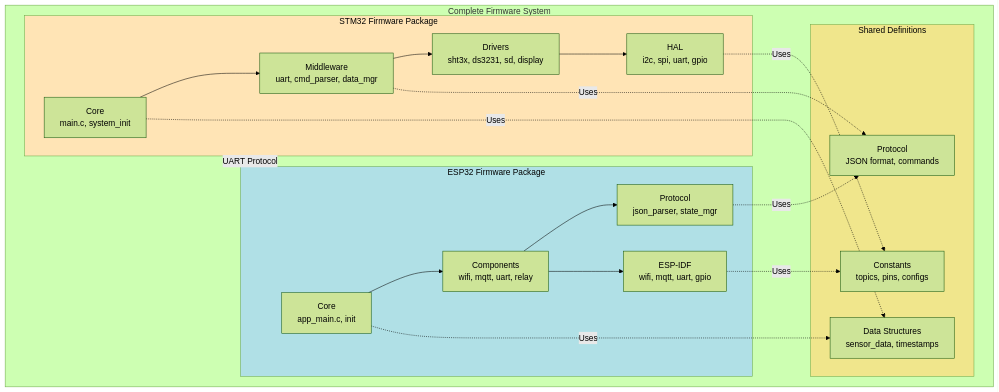
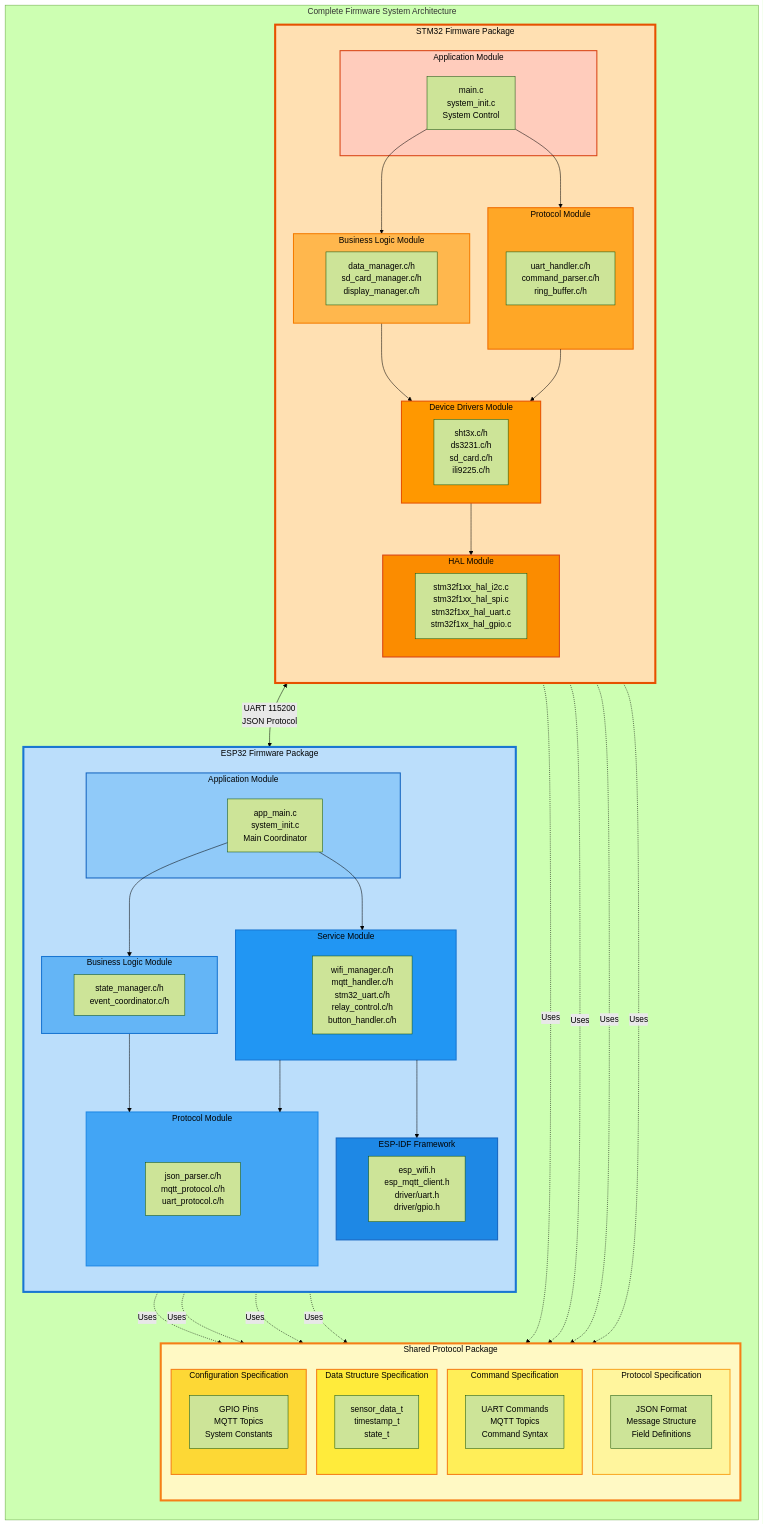
Before and after one commit to meeTeam05/datalogger: the fourth of 10 diagrams in documents/firmware/ARCHITECTURE_DIAGRAM_FIRMWARE.md, drawn with Mermaid (forest theme). The commit also changed other lines of this file, not shown here.

Commit message:
fix(docs): enhance architecture diagrams clarity and details

````diff
--- a/documents/firmware/ARCHITECTURE_DIAGRAM_FIRMWARE.md
+++ b/documents/firmware/ARCHITECTURE_DIAGRAM_FIRMWARE.md
@@ -273,46 +293,119 @@
 ```mermaid
 graph TB
-    subgraph Firmware_System[Complete Firmware System]
-        direction LR
+    subgraph System_Architecture["Complete Firmware System Architecture"]
+        direction TB
 
-        subgraph STM32_Package[STM32 Firmware Package]
-            STM32_Core[Core<br/>main.c, system_init]
-            STM32_Drivers[Drivers<br/>sht3x, ds3231, sd, display]
-            STM32_Middleware[Middleware<br/>uart, cmd_parser, data_mgr]
-            STM32_HAL[HAL<br/>i2c, spi, uart, gpio]
+        subgraph STM32_Firmware["STM32 Firmware Package"]
+            direction TB
 
-            STM32_Core --> STM32_Middleware
-            STM32_Middleware --> STM32_Drivers
+            subgraph STM32_App["Application Module"]
+                STM32_Main[main.c<br/>system_init.c<br/>System Control]
+            end
+
+            subgraph STM32_Business["Business Logic Module"]
+                STM32_DataMgr[data_manager.c/h<br/>sd_card_manager.c/h<br/>display_manager.c/h]
+            end
+
+            subgraph STM32_Protocol["Protocol Module"]
+                STM32_UART[uart_handler.c/h<br/>command_parser.c/h<br/>ring_buffer.c/h]
+            end
+
+            subgraph STM32_Drivers["Device Drivers Module"]
+                STM32_DevDrivers[sht3x.c/h<br/>ds3231.c/h<br/>sd_card.c/h<br/>ili9225.c/h]
+            end
+
+            subgraph STM32_HAL["HAL Module"]
+                STM32_HAL_Drivers[stm32f1xx_hal_i2c.c<br/>stm32f1xx_hal_spi.c<br/>stm32f1xx_hal_uart.c<br/>stm32f1xx_hal_gpio.c]
+            end
+
+            STM32_Main --> STM32_Business
+            STM32_Main --> STM32_Protocol
+            STM32_Business --> STM32_Drivers
+            STM32_Protocol --> STM32_Drivers
             STM32_Drivers --> STM32_HAL
         end
 
-        subgraph ESP32_Package[ESP32 Firmware Package]
-            ESP32_Core[Core<br/>app_main.c, init]
-            ESP32_Components[Components<br/>wifi, mqtt, uart, relay]
-            ESP32_Protocol[Protocol<br/>json_parser, state_mgr]
-            ESP32_IDF[ESP-IDF<br/>wifi, mqtt, uart, gpio]
+        subgraph ESP32_Firmware["ESP32 Firmware Package"]
+            direction TB
 
-            ESP32_Core --> ESP32_Components
-            ESP32_Components --> ESP32_Protocol
-            ESP32_Components --> ESP32_IDF
+            subgraph ESP32_App["Application Module"]
+                ESP32_Main[app_main.c<br/>system_init.c<br/>Main Coordinator]
+            end
+
+            subgraph ESP32_Business["Business Logic Module"]
+                ESP32_State[state_manager.c/h<br/>event_coordinator.c/h]
+            end
+
+            subgraph ESP32_Protocol["Protocol Module"]
+                ESP32_Proto[json_parser.c/h<br/>mqtt_protocol.c/h<br/>uart_protocol.c/h]
+            end
+
+            subgraph ESP32_Services["Service Module"]
+                ESP32_Svc[wifi_manager.c/h<br/>mqtt_handler.c/h<br/>stm32_uart.c/h<br/>relay_control.c/h<br/>button_handler.c/h]
+            end
+
+            subgraph ESP32_IDF["ESP-IDF Framework"]
+                ESP32_Framework[esp_wifi.h<br/>esp_mqtt_client.h<br/>driver/uart.h<br/>driver/gpio.h]
+            end
+
+            ESP32_Main --> ESP32_Business
+            ESP32_Main --> ESP32_Services
+            ESP32_Business --> ESP32_Protocol
+            ESP32_Services --> ESP32_Protocol
+            ESP32_Services --> ESP32_IDF
         end
 
-        subgraph Shared_Package[Shared Definitions]
-            Protocol_Def[Protocol<br/>JSON format, commands]
-            Data_Structures[Data Structures<br/>sensor_data, timestamps]
-            Constants[Constants<br/>topics, pins, configs]
+        subgraph Shared_Definitions["Shared Protocol Package"]
+            direction TB
+
+            subgraph Protocol_Spec["Protocol Specification"]
+                JSON_Format[JSON Format<br/>Message Structure<br/>Field Definitions]
+            end
+
+            subgraph Command_Spec["Command Specification"]
+                Commands[UART Commands<br/>MQTT Topics<br/>Command Syntax]
+            end
+
+            subgraph Data_Spec["Data Structure Specification"]
+                DataStructs[sensor_data_t<br/>timestamp_t<br/>state_t]
+            end
+
+            subgraph Config_Spec["Configuration Specification"]
+                Configs[GPIO Pins<br/>MQTT Topics<br/>System Constants]
+            end
         end
+
+        STM32_Protocol -.->|Uses| JSON_Format
+        STM32_Protocol -.->|Uses| Commands
+        STM32_Business -.->|Uses| DataStructs
+        STM32_HAL -.->|Uses| Configs
+
+        ESP32_Proto -.->|Uses| JSON_Format
+        ESP32_Proto -.->|Uses| Commands
+        ESP32_Business -.->|Uses| DataStructs
+        ESP32_IDF -.->|Uses| Configs
+
+        STM32_UART <-->|UART 115200<br/>JSON Protocol| ESP32_Svc
     end
 
-    STM32_Package -.->|UART Protocol| ESP32_Package
-    STM32_Middleware -.->|Uses| Protocol_Def
-    ESP32_Protocol -.->|Uses| Protocol_Def
-    STM32_Core -.->|Uses| Data_Structures
-    ESP32_Core -.->|Uses| Data_Structures
-    STM32_HAL -.->|Uses| Constants
-    ESP32_IDF -.->|Uses| Constants
+    style STM32_Firmware fill:#FFE0B2,stroke:#E65100,stroke-width:4px,color:#000
+    style ESP32_Firmware fill:#BBDEFB,stroke:#1976D2,stroke-width:4px,color:#000
+    style Shared_Definitions fill:#FFF9C4,stroke:#F57F17,stroke-width:4px,color:#000
 
-    style STM32_Package fill:#FFE4B5, color:#000000
-    style ESP32_Package fill:#B0E0E6, color:#000000
-    style Shared_Package fill:#F0E68C, color:#000000
+    style STM32_App fill:#FFCCBC,stroke:#D84315,stroke-width:2px,color:#000
+    style STM32_Business fill:#FFB74D,stroke:#F57C00,stroke-width:2px,color:#000
+    style STM32_Protocol fill:#FFA726,stroke:#EF6C00,stroke-width:2px,color:#000
+    style STM32_Drivers fill:#FF9800,stroke:#E65100,stroke-width:2px,color:#000
+    style STM32_HAL fill:#FB8C00,stroke:#D84315,stroke-width:2px,color:#000
+
+    style ESP32_App fill:#90CAF9,stroke:#1565C0,stroke-width:2px,color:#000
+    style ESP32_Business fill:#64B5F6,stroke:#1976D2,stroke-width:2px,color:#000
+    style ESP32_Protocol fill:#42A5F5,stroke:#1E88E5,stroke-width:2px,color:#000
+    style ESP32_Services fill:#2196F3,stroke:#1976D2,stroke-width:2px,color:#000
+    style ESP32_IDF fill:#1E88E5,stroke:#1565C0,stroke-width:2px,color:#000
+
+    style Protocol_Spec fill:#FFF59D,stroke:#F9A825,stroke-width:2px,color:#000
+    style Command_Spec fill:#FFEE58,stroke:#F57F17,stroke-width:2px,color:#000
+    style Data_Spec fill:#FFEB3B,stroke:#F57F17,stroke-width:2px,color:#000
+    style Config_Spec fill:#FDD835,stroke:#F57F17,stroke-width:2px,color:#000
 ```
````
